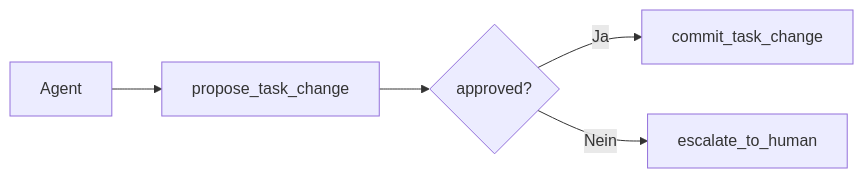
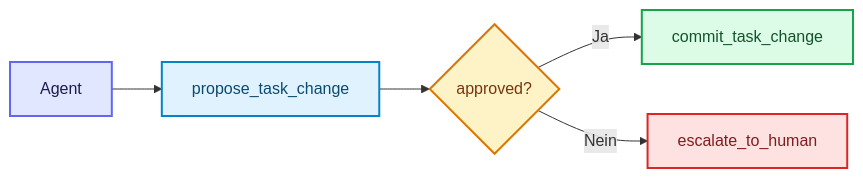
The second of 2 diagrams in docs/04-agenten-implementierung/entwurf/tool-use-function-calling.md (ralf-42/Agenten), drawn with Mermaid before and after one commit. The commit also changed 18 other files, not shown here.

````diff
--- a/docs/04-agenten-implementierung/entwurf/tool-use-function-calling.md
+++ b/docs/04-agenten-implementierung/entwurf/tool-use-function-calling.md
@@ -402,7 +402,18 @@
 ```mermaid
 flowchart LR
     A[Agent] --> B[propose_task_change]
     B --> C{approved?}
     C -->|Ja| D[commit_task_change]
     C -->|Nein| E[escalate_to_human]
+
+    classDef default fill:#e0f2fe,stroke:#0284c7,stroke-width:2px,color:#0c4a6e;
+    classDef input fill:#e0e7ff,stroke:#6366f1,stroke-width:2px,color:#1e1b4b;
+    classDef metric fill:#fef3c7,stroke:#d97706,stroke-width:2px,color:#78350f;
+    classDef output fill:#dcfce7,stroke:#16a34a,stroke-width:2px,color:#14532d;
+    classDef stop fill:#fee2e2,stroke:#dc2626,stroke-width:2px,color:#7f1d1d;
+
+    class A input;
+    class C metric;
+    class D output;
+    class E stop;
 ```
````
